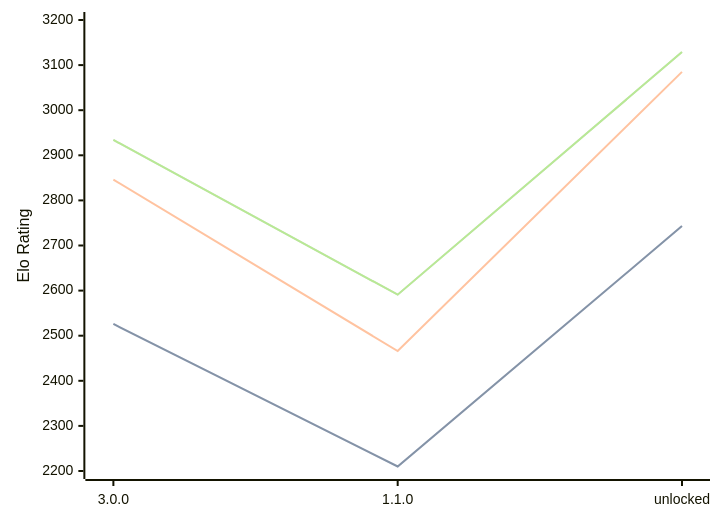
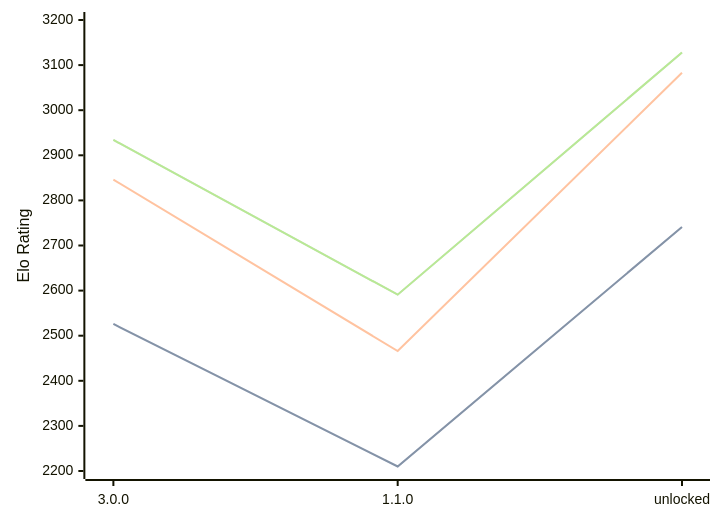
The diagram in engines/Potential.md (computer-chess-index/cci), drawn with Mermaid before and after one commit. The commit also changed other lines of this file, not shown here.

Commit message:
Update CCI Ratings (ELO VLTC) - 2026-08-17

````diff
--- a/engines/Potential.md
+++ b/engines/Potential.md
@@ -33,11 +33,11 @@
 ```mermaid
 %%{init: {"theme":"base","themeVariables":{"seriesColors:['#a3a3a3','#222221','#faa371']}}}%%
 xychart-beta
   x-axis ["3.0.0", "1.1.0", "unlocked"]
   y-axis "Elo Rating" 2200 --> 3200
-  line "STC (8.0+0.08s)" [2526, 2210, 2743]
-  line "STC (8.0+0.08s)" [2526, 2210, 2743]
-  line "LTC (60.0+0.60s)" [2846, 2466, 3085]
-  line "VLTC (2m24s+1.12s)" [2934, 2591, 3129]
-  line "VLTC (2m24s+1.12s)" [2934, 2591, 3129]
+  line "STC (8.0+0.08s)" [2526, 2210, 2741]
+  line "STC (8.0+0.08s)" [2526, 2210, 2741]
+  line "LTC (60.0+0.60s)" [2846, 2466, 3083]
+  line "VLTC (2m24s+1.12s)" [2934, 2591, 3128]
+  line "VLTC (2m24s+1.12s)" [2934, 2591, 3128]
 ```
````
